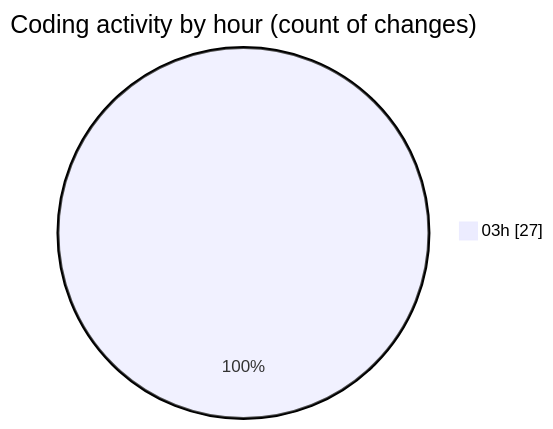
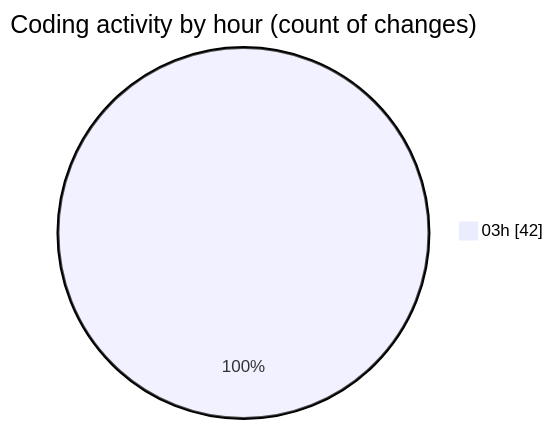
One commit to Ritupan-Deka/code-tracking changed the second of 2 diagrams in 2025-05-03/realtimecollaborativeapp/README.md. Above: the diagram before and after it, drawn with Mermaid. The commit also changed other lines of this file and 1 other file, not shown here.

````diff
--- a/2025-05-03/realtimecollaborativeapp/README.md
+++ b/2025-05-03/realtimecollaborativeapp/README.md
@@ -28,5 +28,5 @@
 ```mermaid
 pie showData
 title Coding activity by hour (count of changes)
-"03h" : 27
+"03h" : 42
 ```
````
